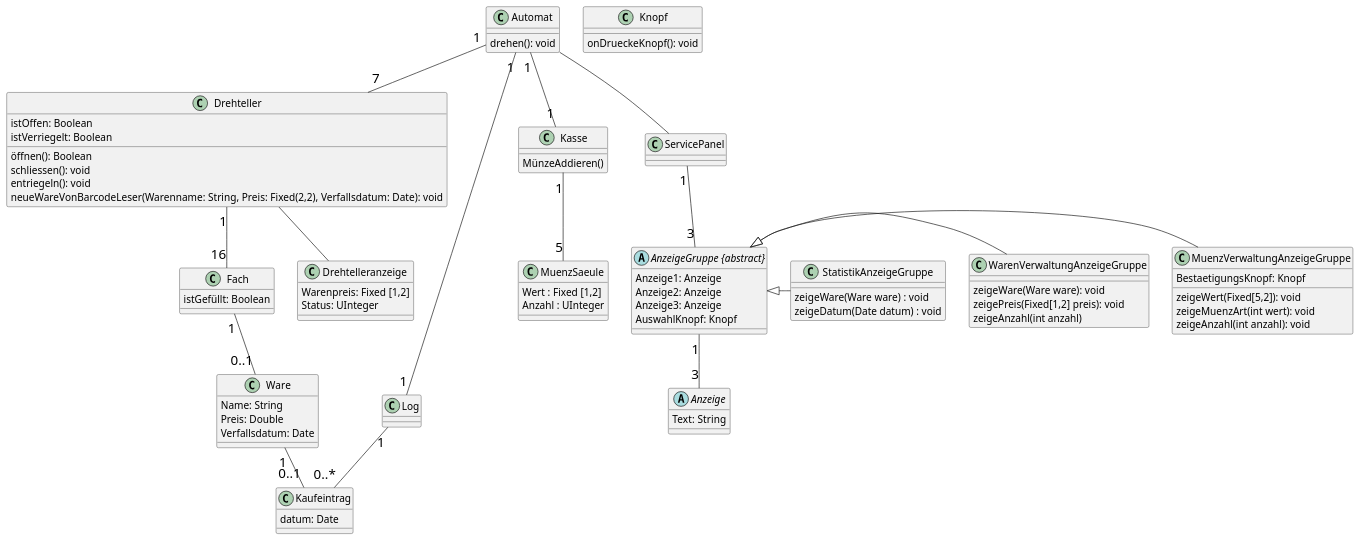
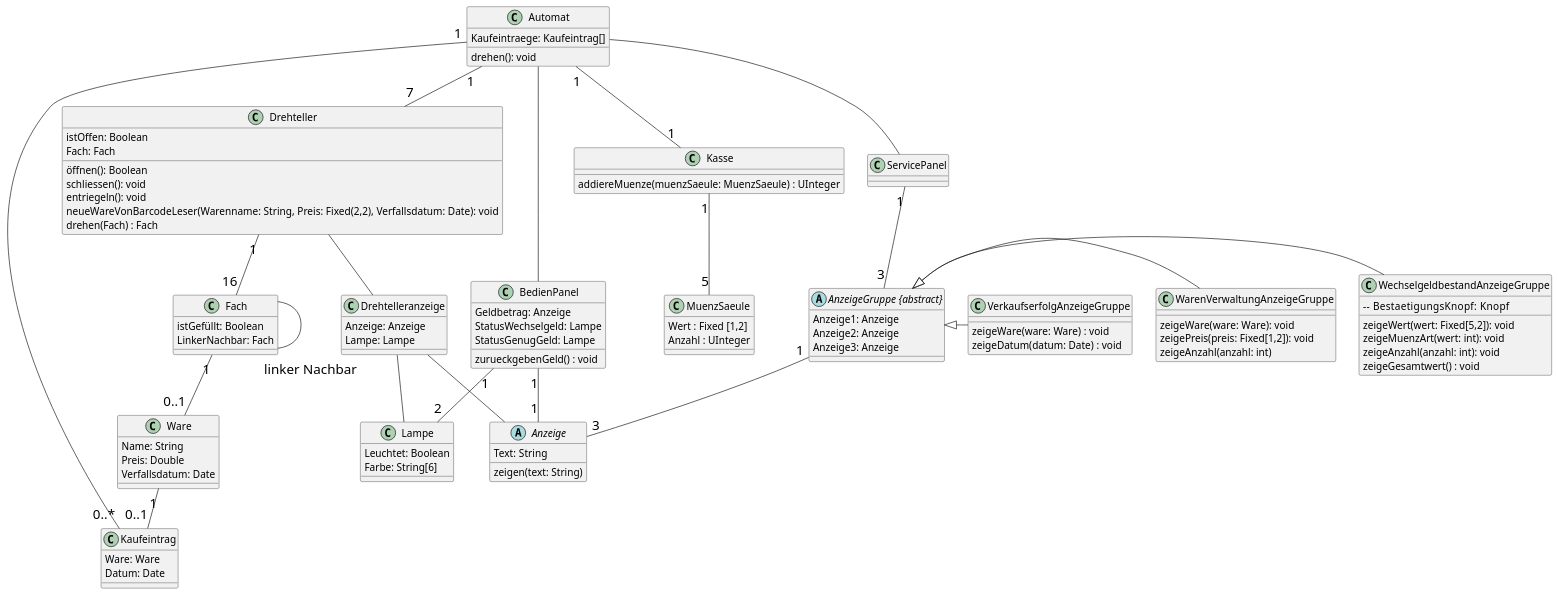
The second of 4 diagrams in Warenautomat.md (egoat/MAS-SE22_Warenautomat2022_Analyse), drawn with PlantUML before and after one commit. The commit also changed other lines of this file, not shown here.

Commit message:
Logik: Kasse, Münzfächer, Servicepanel

````diff
--- a/Warenautomat.md
+++ b/Warenautomat.md
@@ -83,20 +86,23 @@
 
 class Automat {
     drehen(): void
+    Kaufeintraege: Kaufeintrag[]
 }
 
 class Drehteller {
     istOffen: Boolean
-    istVerriegelt: Boolean
     öffnen(): Boolean
     schliessen(): void
     entriegeln(): void
+    Fach: Fach
     neueWareVonBarcodeLeser(Warenname: String, Preis: Fixed(2,2), Verfallsdatum: Date): void
+    drehen(Fach) : Fach
 }
 
 
 class Fach {
     istGefüllt: Boolean
+    LinkerNachbar: Fach
 }
 
 class Ware {
@@ -105,15 +111,13 @@
     Verfallsdatum: Date
 }
 
-class Log {
-}
-
 class Kaufeintrag {
-    datum: Date
+    Ware: Ware
+    Datum: Date
 }
 
 class Kasse {
-    MünzeAddieren()
+    addiereMuenze(muenzSaeule: MuenzSaeule) : UInteger
 }
 
 class MuenzSaeule {
@@ -122,9 +126,15 @@
 }
 
 class Drehtelleranzeige {
-    Warenpreis: Fixed [1,2]
-    Status: UInteger
+    Anzeige: Anzeige
+    Lampe: Lampe
+}
 
+class BedienPanel{
+    Geldbetrag: Anzeige
+    StatusWechselgeld: Lampe
+    StatusGenugGeld: Lampe
+    zurueckgebenGeld() : void
 }
 
 class ServicePanel{}
@@ -133,51 +143,58 @@
     Anzeige1: Anzeige
     Anzeige2: Anzeige
     Anzeige3: Anzeige
-    AuswahlKnopf: Knopf
 }
 
 abstract Anzeige{
     Text: String
+    zeigen(text: String)
 }
 
-class Knopf{
-    onDrueckeKnopf(): void
+class Lampe {
+    Leuchtet: Boolean
+    Farbe: String[6]
 }
 
-class MuenzVerwaltungAnzeigeGruppe{
-    BestaetigungsKnopf: Knopf
-    zeigeWert(Fixed[5,2]): void
-    zeigeMuenzArt(int wert): void
-    zeigeAnzahl(int anzahl): void
+
+class WechselgeldbestandAnzeigeGruppe{
+--    BestaetigungsKnopf: Knopf
+    zeigeWert(wert: Fixed[5,2]): void
+    zeigeMuenzArt(wert: int): void
+    zeigeAnzahl(anzahl: int): void
+    zeigeGesamtwert() : void
 }
 
 class WarenVerwaltungAnzeigeGruppe{
-    zeigeWare(Ware ware): void
-    zeigePreis(Fixed[1,2] preis): void
-    zeigeAnzahl(int anzahl)
+    zeigeWare(ware: Ware): void
+    zeigePreis(preis: Fixed[1,2]): void
+    zeigeAnzahl(anzahl: int)
 }
 
-class StatistikAnzeigeGruppe {
-    zeigeWare(Ware ware) : void
-    zeigeDatum(Date datum) : void
-
+class VerkaufserfolgAnzeigeGruppe {
+    zeigeWare(ware: Ware) : void
+    zeigeDatum(datum: Date) : void
 }
 
 Automat "1" -- "7" Drehteller
 Drehteller "1" -- "16" Fach
 Fach "1" -- "0..1" Ware
-Automat "1" -- "1" Log
-Log "1" -- "0..*" Kaufeintrag
+Fach  -- "linker Nachbar" Fach
+Automat "1" -- "0..*" Kaufeintrag
 Ware "1" -- "0..1" Kaufeintrag
 Automat "1" -- "1" Kasse
 Kasse "1" -- "5" MuenzSaeule
 Drehteller -- Drehtelleranzeige
+Drehtelleranzeige -- Lampe
+Drehtelleranzeige -- Anzeige
 Automat -- ServicePanel
 ServicePanel "1" -- "3" "AnzeigeGruppe {abstract}"
+Automat -- BedienPanel
+BedienPanel "1" -- "1" Anzeige
+BedienPanel "1" -- "2" Lampe
 "AnzeigeGruppe {abstract}" "1" -- "3" Anzeige
-"AnzeigeGruppe {abstract}" <|- MuenzVerwaltungAnzeigeGruppe
+"AnzeigeGruppe {abstract}" <|- WechselgeldbestandAnzeigeGruppe
 "AnzeigeGruppe {abstract}" <|- WarenVerwaltungAnzeigeGruppe
-"AnzeigeGruppe {abstract}" <|- StatistikAnzeigeGruppe
+"AnzeigeGruppe {abstract}" <|- VerkaufserfolgAnzeigeGruppe
 
 @enduml
 ```
````
